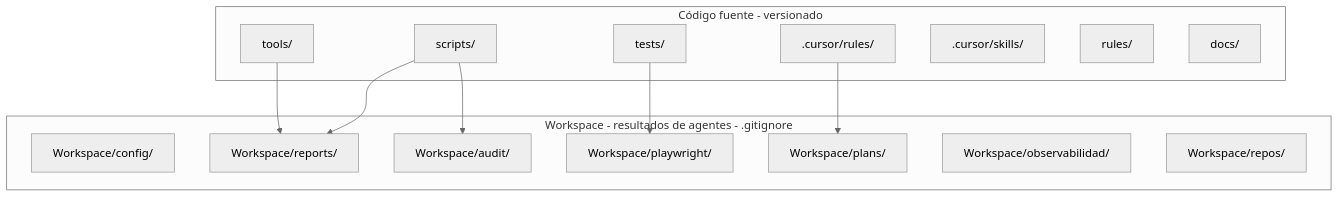
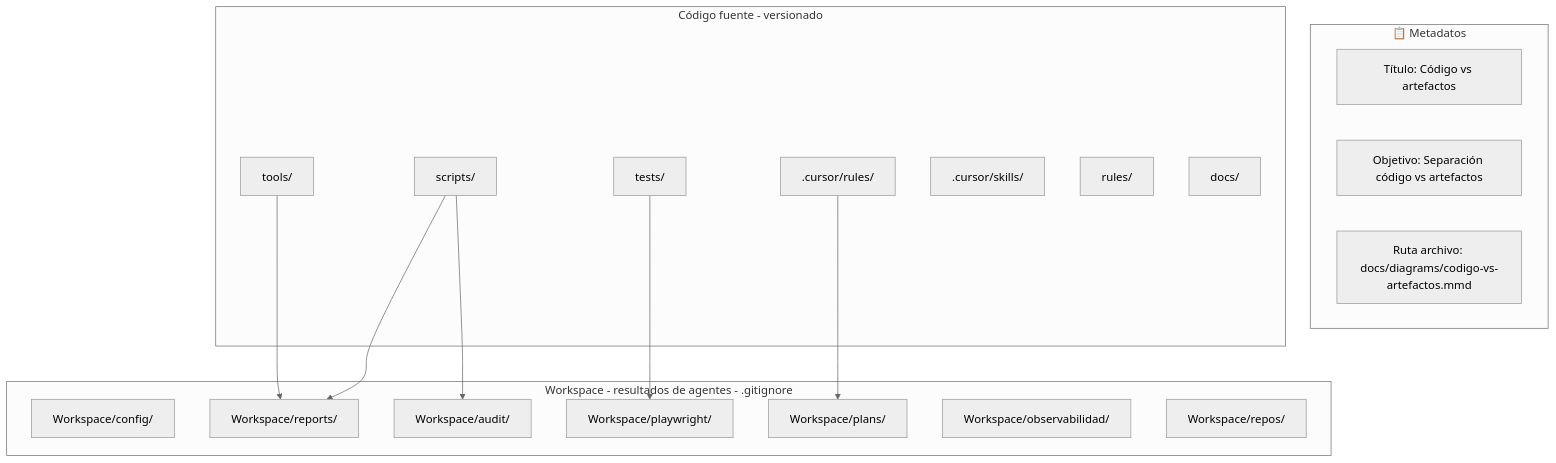
One commit to CARLOSPATINOVELEZ19/prueba-agente-po changed the diagram in docs/diagrams/codigo-vs-artefactos.mmd. Above: the diagram before and after it, drawn with Mermaid (neutral theme). The commit also changed 11 other files, not shown here.

First line of the commit message:
docs(diagrams): añadir metadatos Título, Objetivo y Ruta archivo a todos los diagramas

```diff
--- a/docs/diagrams/codigo-vs-artefactos.mmd
+++ b/docs/diagrams/codigo-vs-artefactos.mmd
@@ -1,26 +1,32 @@
 flowchart TB
+    subgraph metadata ["📋 Metadatos"]
+        M1["Título: Código vs artefactos"]
+        M2["Objetivo: Separación código vs artefactos"]
+        M3["Ruta archivo: docs/diagrams/codigo-vs-artefactos.mmd"]
+    end
+
     subgraph source [Código fuente - versionado]
         tests[tests/]
         scripts[scripts/]
         tools[tools/]
         cursorRules[.cursor/rules/]
         cursorSkills[.cursor/skills/]
         rules[rules/]
         docsSource["docs/"]
     end
 
     subgraph workspace [Workspace - resultados de agentes - .gitignore]
         config[Workspace/config/]
         reports[Workspace/reports/]
         audit[Workspace/audit/]
         playwright[Workspace/playwright/]
         plans[Workspace/plans/]
         observabilidad[Workspace/observabilidad/]
         repos[Workspace/repos/]
     end
 
     scripts --> reports
     scripts --> audit
     tests --> playwright
     cursorRules --> plans
     tools --> reports
```
